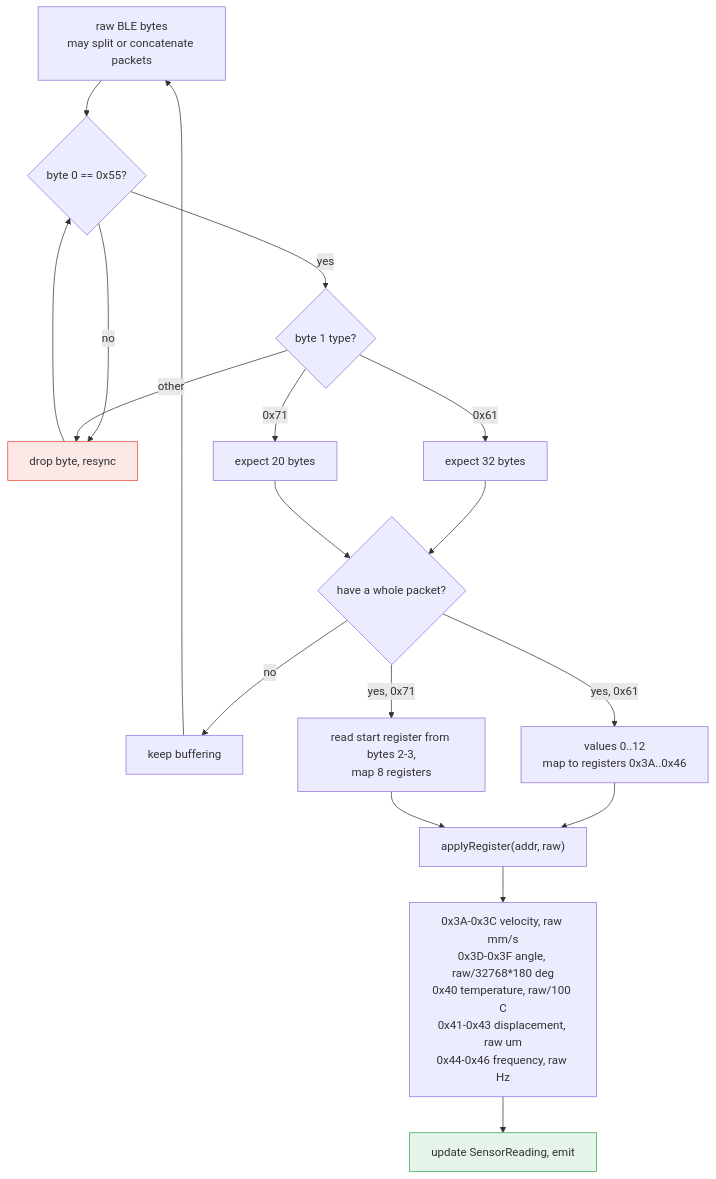
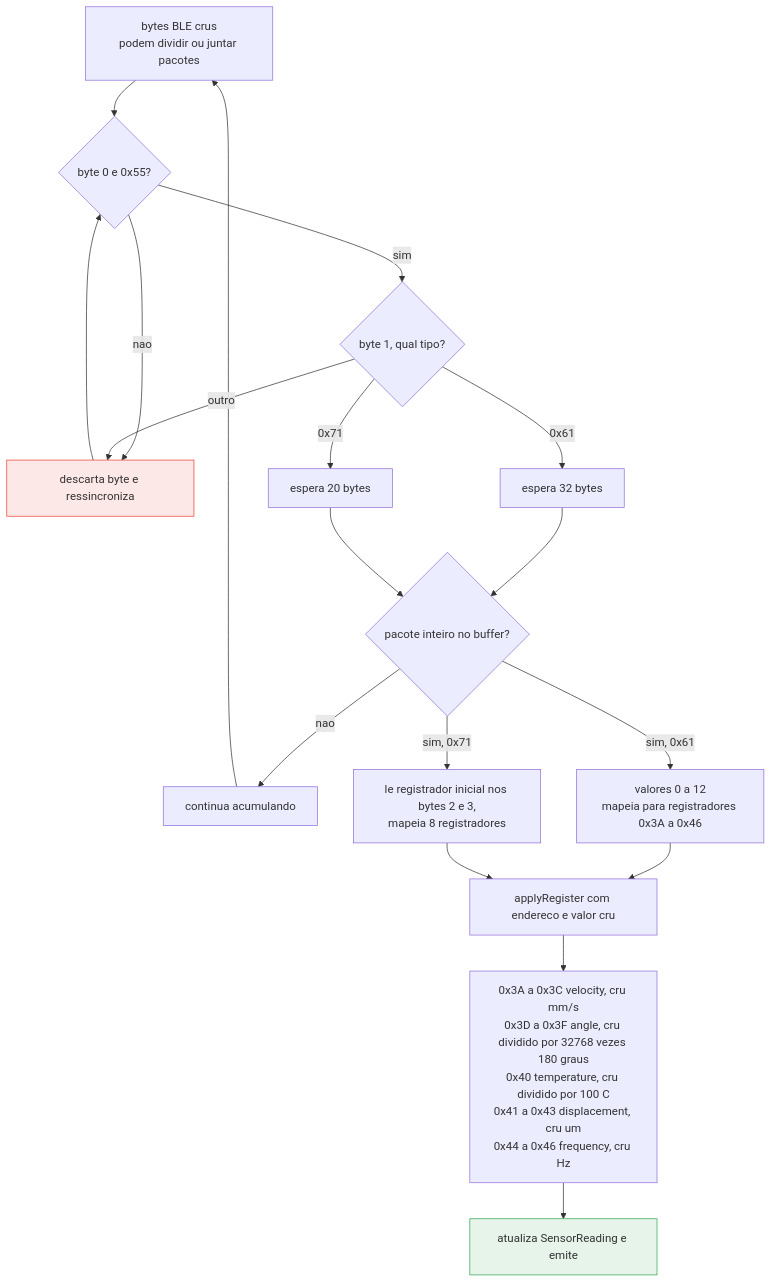
The third of 4 diagrams in docs/architecture.md (NatanBack77/zenith-edge-collector), drawn with Mermaid before and after one commit. The commit also changed other lines of this file and 4 other files, not shown here.

First line of the commit message:
Traduz documentação para português e conserta diagramas mermaid

````diff
--- a/docs/architecture.md
+++ b/docs/architecture.md
@@ -90,29 +94,37 @@
 ```mermaid
 flowchart TD
-    IN["raw BLE bytes<br/>may split or concatenate packets"] --> B0
+    IN["bytes BLE crus<br/>podem dividir ou juntar pacotes"]
+    B0{"byte 0 e 0x55?"}
+    DROP["descarta byte e ressincroniza"]
+    B1{"byte 1, qual tipo?"}
+    L32["espera 32 bytes"]
+    L20["espera 20 bytes"]
+    FULL{"pacote inteiro no buffer?"}
+    WAIT["continua acumulando"]
+    MAP61["valores 0 a 12<br/>mapeia para registradores 0x3A a 0x46"]
+    MAP71["le registrador inicial nos bytes 2 e 3,<br/>mapeia 8 registradores"]
+    APPLY["applyRegister com endereco e valor cru"]
+    SCALE["0x3A a 0x3C velocity, cru mm/s<br/>0x3D a 0x3F angle, cru dividido por 32768 vezes 180 graus<br/>0x40 temperature, cru dividido por 100 C<br/>0x41 a 0x43 displacement, cru um<br/>0x44 a 0x46 frequency, cru Hz"]
+    EMIT["atualiza SensorReading e emite"]
 
-    B0{"byte 0 == 0x55?"}
-    B0 -->|no| DROP["drop byte, resync"] --> B0
-    B0 -->|yes| B1{"byte 1 type?"}
-
-    B1 -->|"0x61"| L32["expect 32 bytes"]
-    B1 -->|"0x71"| L20["expect 20 bytes"]
-    B1 -->|other| DROP
-
-    L32 --> FULL{"have a whole packet?"}
+    IN --> B0
+    B0 -->|nao| DROP
+    DROP --> B0
+    B0 -->|sim| B1
+    B1 -->|0x61| L32
+    B1 -->|0x71| L20
+    B1 -->|outro| DROP
+    L32 --> FULL
     L20 --> FULL
-    FULL -->|no| WAIT["keep buffering"] --> IN
-
-    FULL -->|"yes, 0x61"| MAP61["values 0..12<br/>map to registers 0x3A..0x46"]
-    FULL -->|"yes, 0x71"| MAP71["read start register from bytes 2-3,<br/>map 8 registers"]
-
+    FULL -->|nao| WAIT
+    WAIT --> IN
+    FULL -->|sim, 0x61| MAP61
+    FULL -->|sim, 0x71| MAP71
     MAP61 --> APPLY
     MAP71 --> APPLY
-
-    APPLY["applyRegister(addr, raw)"]
-    APPLY --> SCALE["0x3A-0x3C velocity, raw mm/s<br/>0x3D-0x3F angle, raw/32768*180 deg<br/>0x40 temperature, raw/100 C<br/>0x41-0x43 displacement, raw um<br/>0x44-0x46 frequency, raw Hz"]
-    SCALE --> EMIT["update SensorReading, emit"]
+    APPLY --> SCALE
+    SCALE --> EMIT
 
     style DROP fill:#fce8e6,stroke:#ea4335
     style EMIT fill:#e6f4ea,stroke:#34a853
 ```
````
